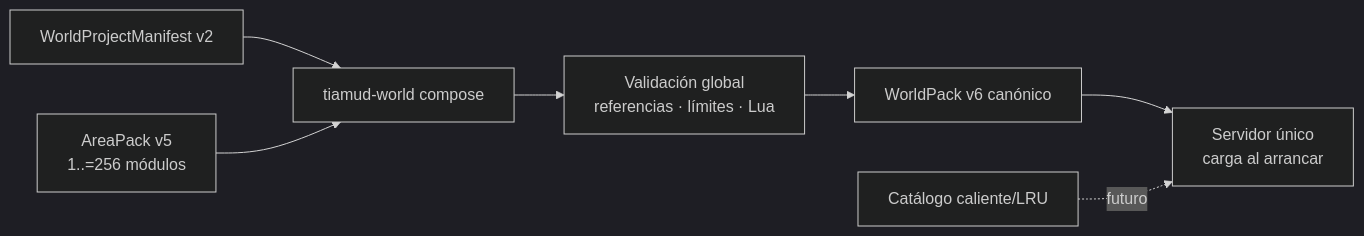
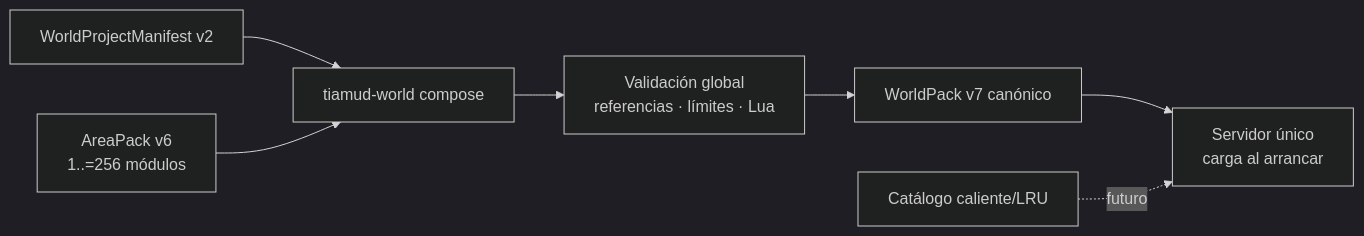
The first of 2 diagrams in docs/world-authoring.md (hyukudan/tiamud), drawn with Mermaid (dark theme) before and after one commit. The commit also changed other lines of this file and 45 other files, not shown here.

````diff
--- a/docs/world-authoring.md
+++ b/docs/world-authoring.md
@@ -31,12 +31,12 @@
 ```mermaid
 flowchart LR
     accTitle: Flujo vigente de autoría modular de Tiamud
     accDescr: Las áreas se componen y validan fuera de línea para producir un solo WorldPack canónico que el servidor carga al arrancar. No existe carga caliente.
 
     Project[WorldProjectManifest v2] --> Compose[tiamud-world compose]
-    Areas[AreaPack v5<br/>1..=256 módulos] --> Compose
+    Areas[AreaPack v6<br/>1..=256 módulos] --> Compose
     Compose --> Validate[Validación global<br/>referencias · límites · Lua]
-    Validate --> Artifact[WorldPack v6 canónico]
+    Validate --> Artifact[WorldPack v7 canónico]
     Artifact --> Server[Servidor único<br/>carga al arrancar]
     Hot[Catálogo caliente/LRU] -. futuro .-> Server
 ```
````
